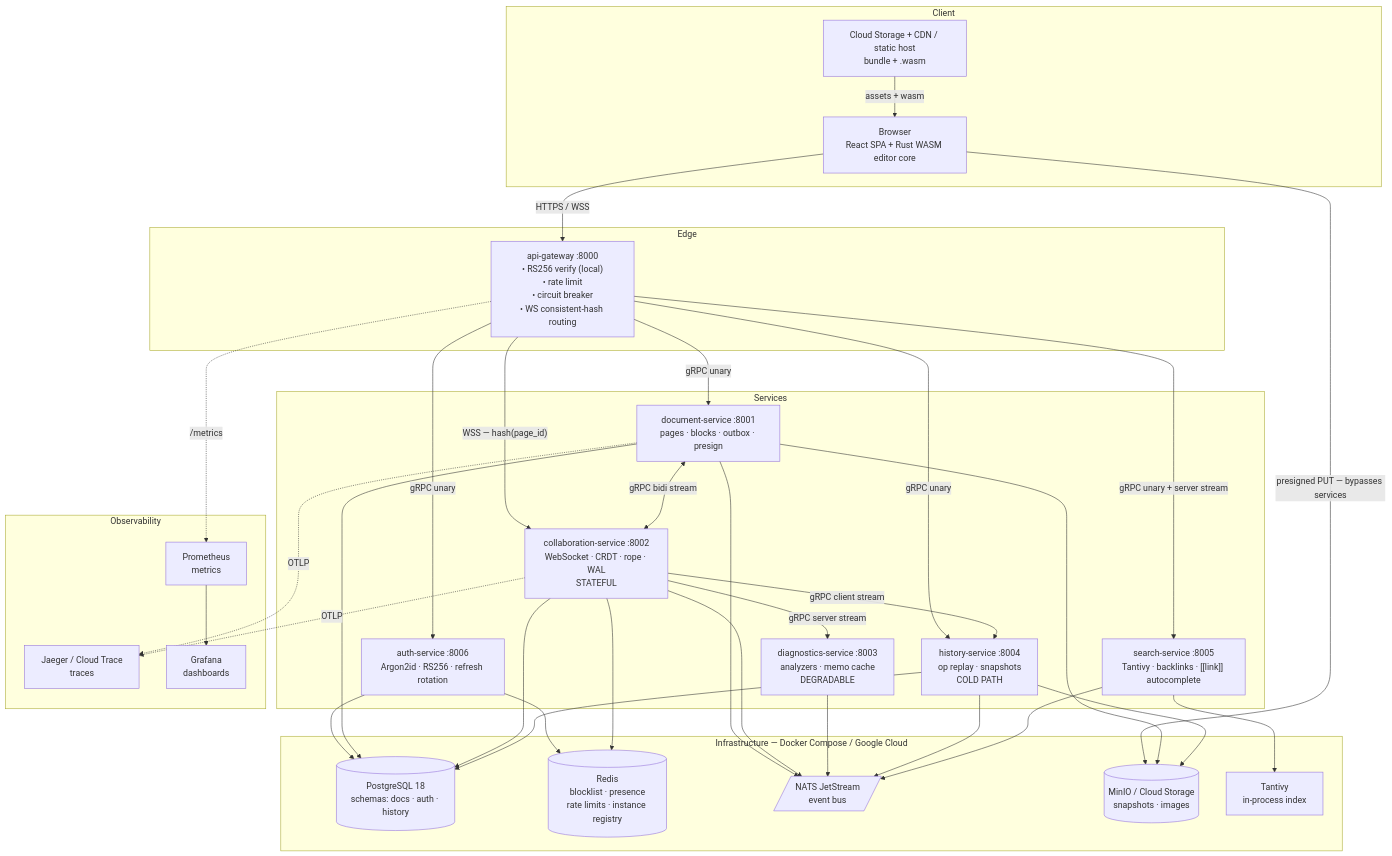
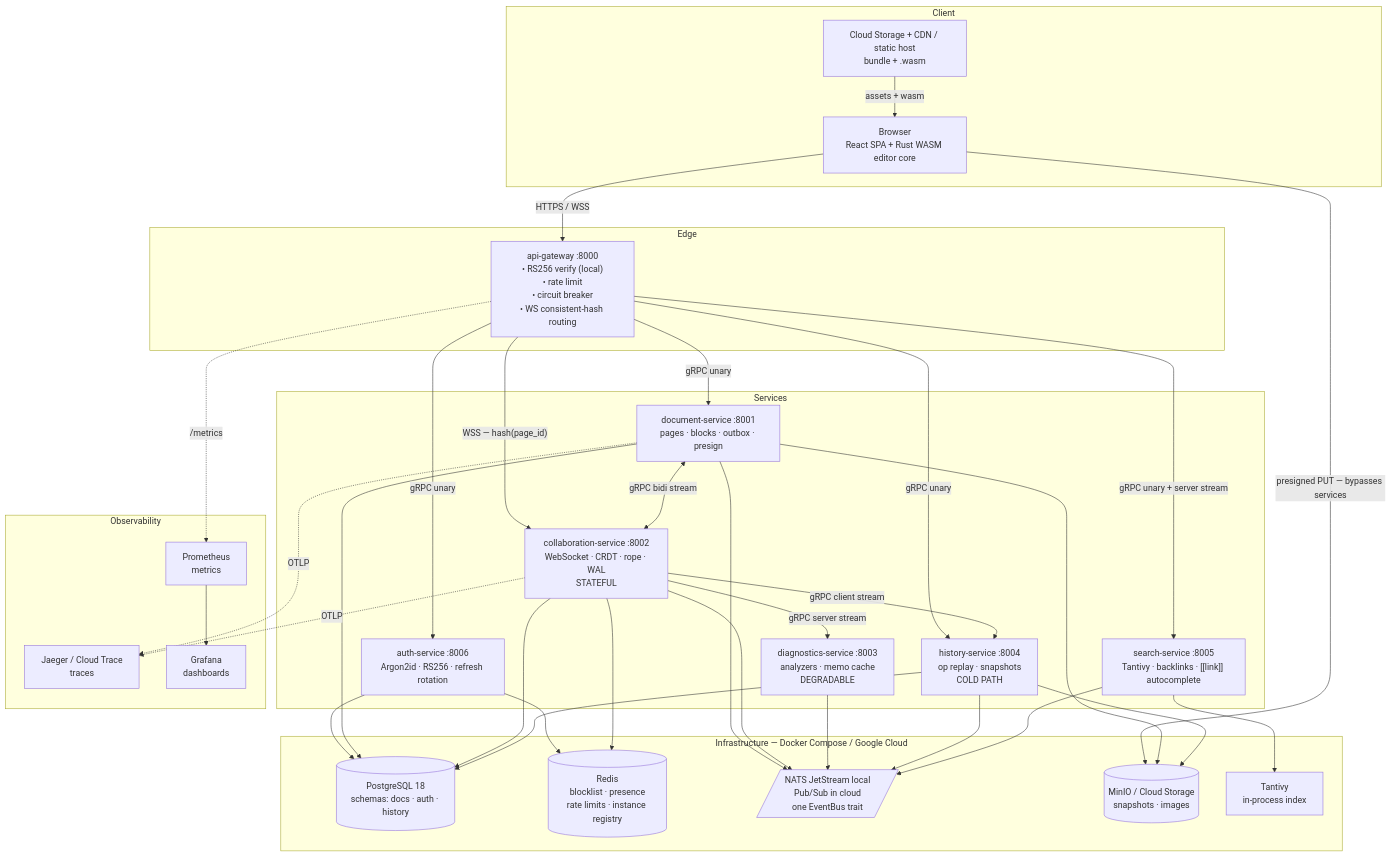
One commit to genuinebnt/marginal changed the first of 4 diagrams in docs/architecture/ARCHITECTURE.md. Above: the diagram before and after it, drawn with Mermaid. The commit also changed other lines of this file and 11 other files, not shown here.

````diff
--- a/docs/architecture/ARCHITECTURE.md
+++ b/docs/architecture/ARCHITECTURE.md
@@ -11,68 +16,68 @@
 ```mermaid
 graph TD
     subgraph Client["Client"]
         BROWSER["Browser<br/>React SPA + Rust WASM editor core"]
         CDN["Cloud Storage + CDN / static host<br/>bundle + .wasm"]
     end
 
     subgraph Edge["Edge"]
         GW["api-gateway :8000<br/>• RS256 verify (local)<br/>• rate limit<br/>• circuit breaker<br/>• WS consistent-hash routing"]
     end
 
     subgraph Services["Services"]
         AUTH["auth-service :8006<br/>Argon2id · RS256 · refresh rotation"]
         DOC["document-service :8001<br/>pages · blocks · outbox · presign"]
         COLLAB["collaboration-service :8002<br/>WebSocket · CRDT · rope · WAL<br/>STATEFUL"]
         DIAG["diagnostics-service :8003<br/>analyzers · memo cache<br/>DEGRADABLE"]
         HIST["history-service :8004<br/>op replay · snapshots<br/>COLD PATH"]
         SEARCH["search-service :8005<br/>Tantivy · backlinks · [[link]] autocomplete"]
     end
 
     subgraph Infra["Infrastructure — Docker Compose / Google Cloud"]
         PG[("PostgreSQL 18<br/>schemas: docs · auth · history")]
         REDIS[("Redis<br/>blocklist · presence<br/>rate limits · instance registry")]
-        NATS[/"NATS JetStream<br/>event bus"/]
+        NATS[/"NATS JetStream local<br/>Pub/Sub in cloud<br/>one EventBus trait"/]
         OBJ[("MinIO / Cloud Storage<br/>snapshots · images")]
         TANTIVY["Tantivy<br/>in-process index"]
     end
 
     subgraph Obs["Observability"]
         JAEGER["Jaeger / Cloud Trace<br/>traces"]
         PROM["Prometheus<br/>metrics"]
         GRAF["Grafana<br/>dashboards"]
     end
 
     CDN -->|"assets + wasm"| BROWSER
     BROWSER -->|"HTTPS / WSS"| GW
     BROWSER -->|"presigned PUT — bypasses services"| OBJ
 
     GW -->|"gRPC unary"| AUTH
     GW -->|"gRPC unary"| DOC
     GW -->|"WSS — hash(page_id)"| COLLAB
     GW -->|"gRPC unary + server stream"| SEARCH
     GW -->|"gRPC unary"| HIST
 
     DOC <-->|"gRPC bidi stream"| COLLAB
     COLLAB -->|"gRPC server stream"| DIAG
     COLLAB -->|"gRPC client stream"| HIST
 
     AUTH --> PG
     AUTH --> REDIS
     DOC --> PG
     DOC --> NATS
     DOC --> OBJ
     COLLAB --> PG
     COLLAB --> REDIS
     COLLAB --> NATS
     DIAG --> NATS
     HIST --> PG
     HIST --> OBJ
     HIST --> NATS
     SEARCH --> TANTIVY
     SEARCH --> NATS
 
     DOC -. "OTLP" .-> JAEGER
     COLLAB -. "OTLP" .-> JAEGER
     GW -. "/metrics" .-> PROM
     PROM --> GRAF
 ```
````
